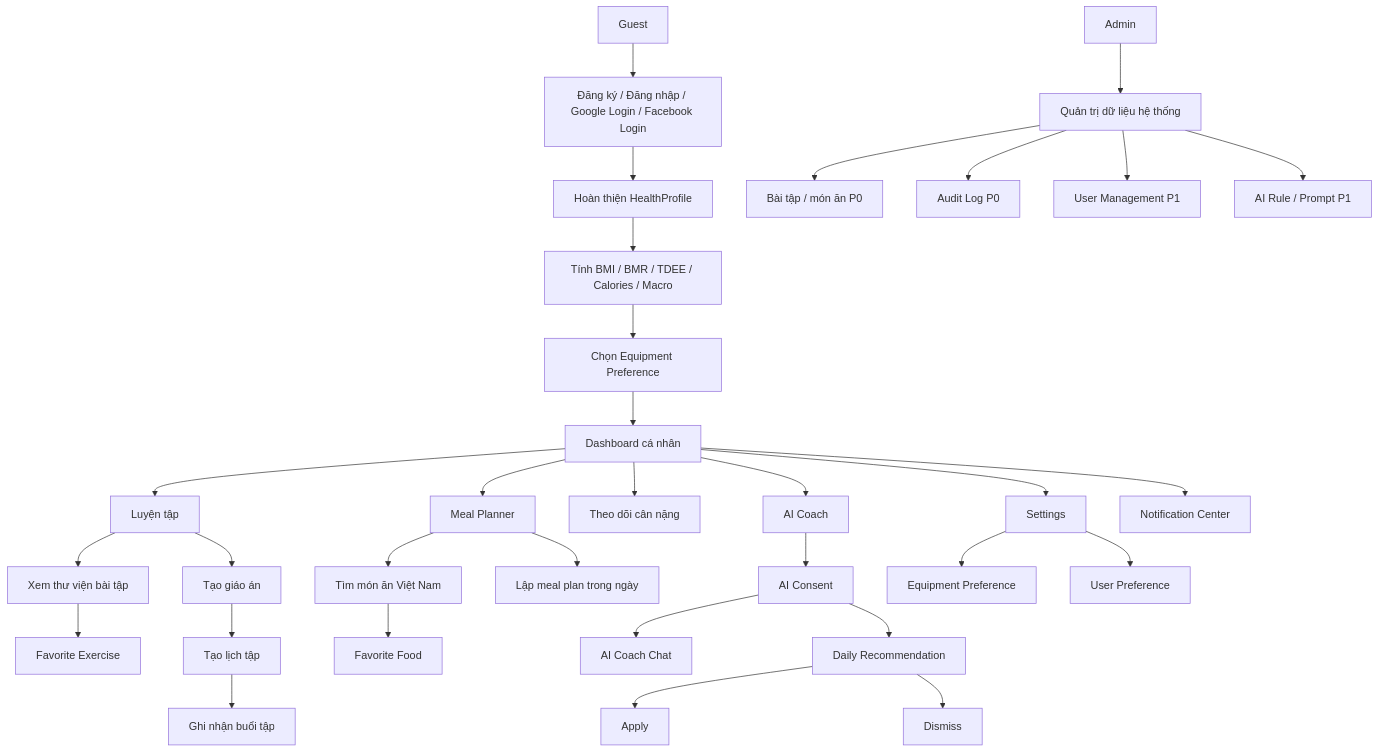
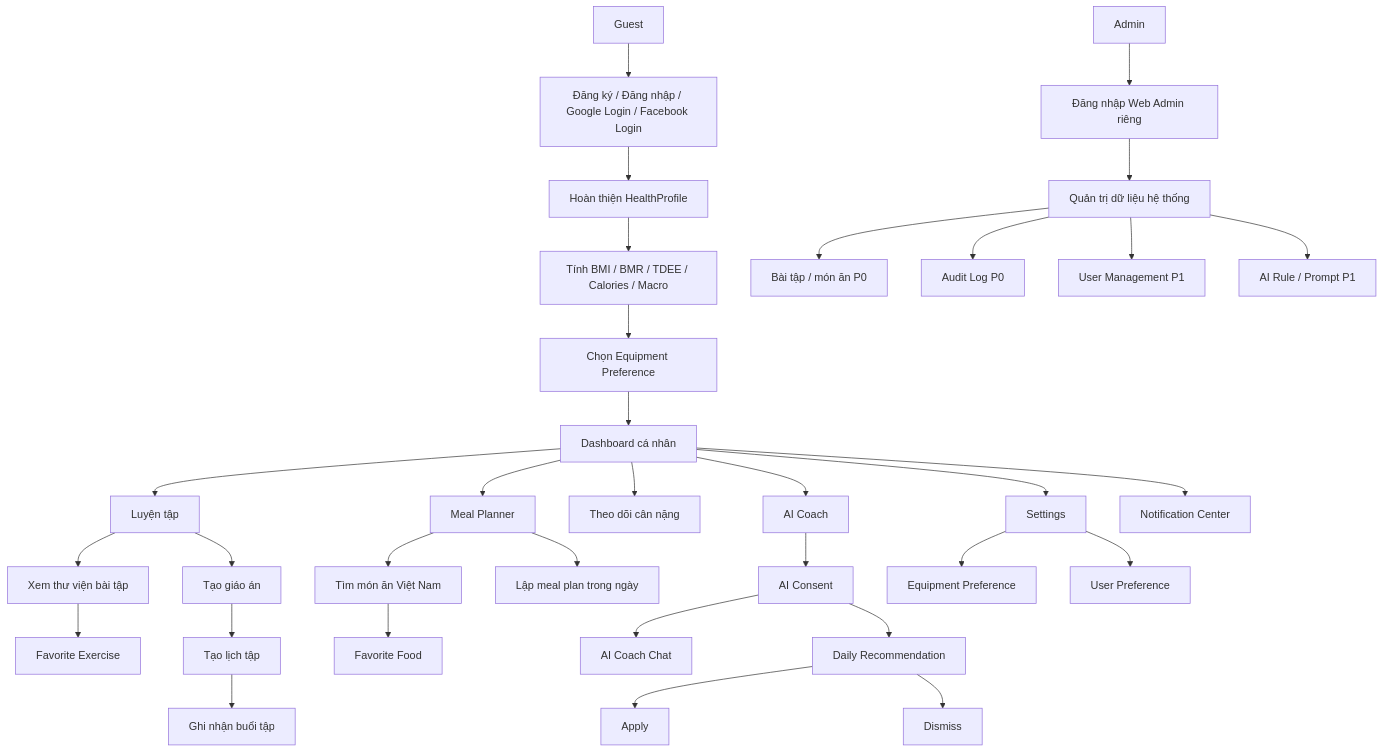
Before and after one commit to tgiahuy/VieGym: the first of 21 diagrams in docs/spec/bussiness_mainflow.md, drawn with Mermaid. The commit also changed other lines of this file and 19 other files, not shown here.

````diff
--- a/docs/spec/bussiness_mainflow.md
+++ b/docs/spec/bussiness_mainflow.md
@@ -57,40 +57,41 @@
 ```mermaid
 flowchart TD
     Guest[Guest] --> Auth[Đăng ký / Đăng nhập / Google Login / Facebook Login]
     Auth --> Health[Hoàn thiện HealthProfile]
     Health --> Metrics[Tính BMI / BMR / TDEE / Calories / Macro]
     Metrics --> Equipment[Chọn Equipment Preference]
     Equipment --> Dashboard[Dashboard cá nhân]
 
     Dashboard --> Workout[Luyện tập]
     Dashboard --> Nutrition[Meal Planner]
     Dashboard --> Body[Theo dõi cân nặng]
     Dashboard --> AI[AI Coach]
     Dashboard --> Settings[Settings]
 
     Workout --> Exercise[Xem thư viện bài tập]
     Exercise --> FavoriteExercise[Favorite Exercise]
     Workout --> Program[Tạo giáo án]
     Program --> Schedule[Tạo lịch tập]
     Schedule --> Log[Ghi nhận buổi tập]
 
     Nutrition --> Food[Tìm món ăn Việt Nam]
     Food --> FavoriteFood[Favorite Food]
     Nutrition --> MealPlan[Lập meal plan trong ngày]
 
     AI --> Consent[AI Consent]
     Consent --> Coach[AI Coach Chat]
     Consent --> Recommendation[Daily Recommendation]
     Recommendation --> Apply[Apply]
     Recommendation --> Dismiss[Dismiss]
     Dashboard --> NotificationCenter[Notification Center]
 
     Settings --> EquipmentSettings[Equipment Preference]
     Settings --> Preference[User Preference]
 
-    Admin[Admin] --> AdminPanel[Quản trị dữ liệu hệ thống]
+    Admin[Admin] --> AdminLogin[Đăng nhập Web Admin riêng]
+    AdminLogin --> AdminPanel[Quản trị dữ liệu hệ thống]
     AdminPanel --> AdminData[Bài tập / món ăn P0]
     AdminPanel --> Audit[Audit Log P0]
     AdminPanel --> AdminUser[User Management P1]
     AdminPanel --> AdminAI[AI Rule / Prompt P1]
 ```
````
